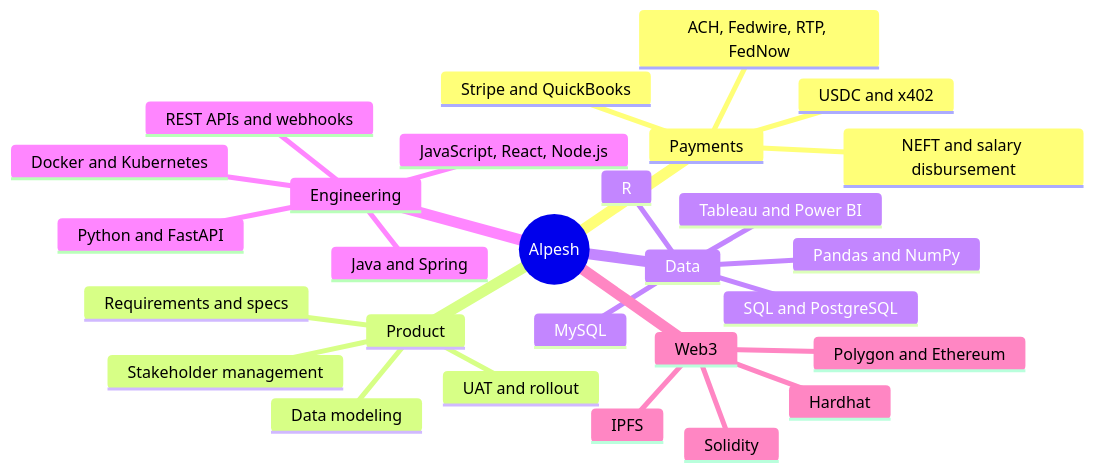
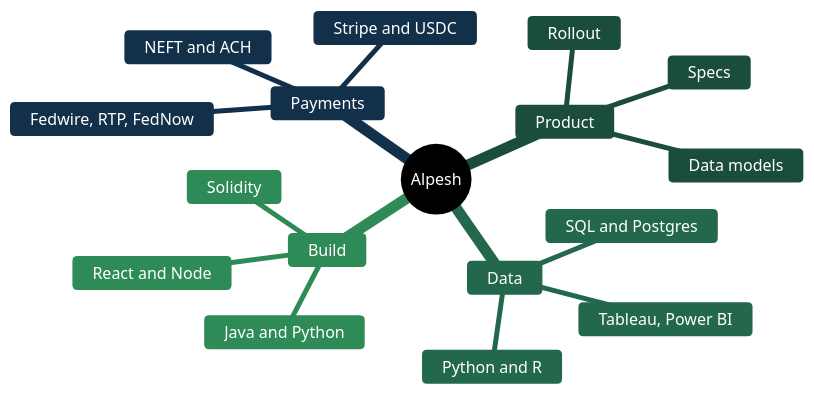
The second of 2 diagrams in README.md (alpeshranjan/alpeshranjan), drawn with Mermaid before and after one commit. The commit also changed other lines of this file, not shown here.

Commit message:
Recolor and simplify the diagrams

````diff
--- a/README.md
+++ b/README.md
@@ -124,31 +118,21 @@
 ```mermaid
+%%{init: {'theme':'base','themeVariables':{'cScale0':'#0B132B','cScale1':'#13304A','cScale2':'#1B4D3E','cScale3':'#23684C','cScale4':'#2E8B57','cScale5':'#3FA36B','cScaleLabel0':'#ffffff','cScaleLabel1':'#ffffff','cScaleLabel2':'#ffffff','cScaleLabel3':'#ffffff','cScaleLabel4':'#ffffff','cScaleLabel5':'#ffffff','primaryColor':'#0B132B','primaryTextColor':'#ffffff','lineColor':'#2E8B57'}}}%%
 mindmap
   root((Alpesh))
     Payments
-      NEFT and salary disbursement
-      ACH, Fedwire, RTP, FedNow
-      Stripe and QuickBooks
-      USDC and x402
+      NEFT and ACH
+      Fedwire, RTP, FedNow
+      Stripe and USDC
     Product
-      Requirements and specs
-      Data modeling
-      UAT and rollout
-      Stakeholder management
+      Specs
+      Data models
+      Rollout
     Data
-      SQL and PostgreSQL
-      MySQL
-      Pandas and NumPy
-      Tableau and Power BI
-      R
-    Engineering
-      Java and Spring
-      Python and FastAPI
-      JavaScript, React, Node.js
-      REST APIs and webhooks
-      Docker and Kubernetes
-    Web3
+      SQL and Postgres
+      Tableau, Power BI
+      Python and R
+    Build
+      Java and Python
+      React and Node
       Solidity
-      Hardhat
-      IPFS
-      Polygon and Ethereum
 ```
````
